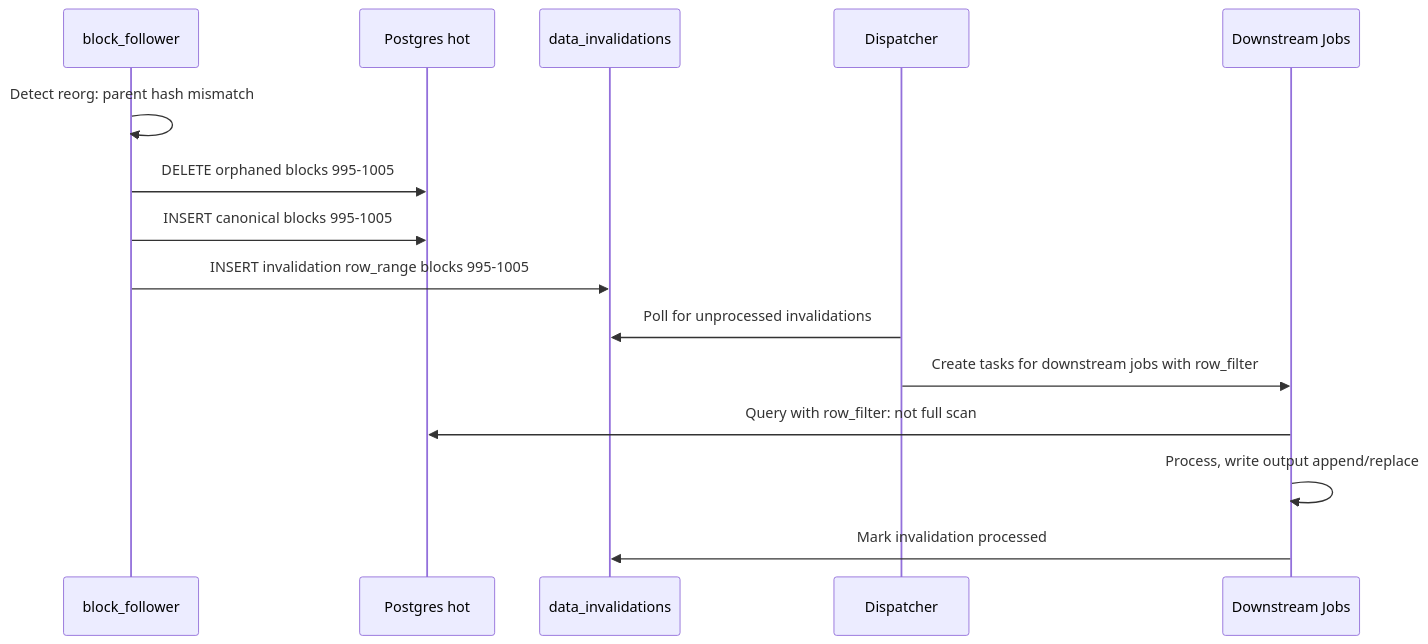
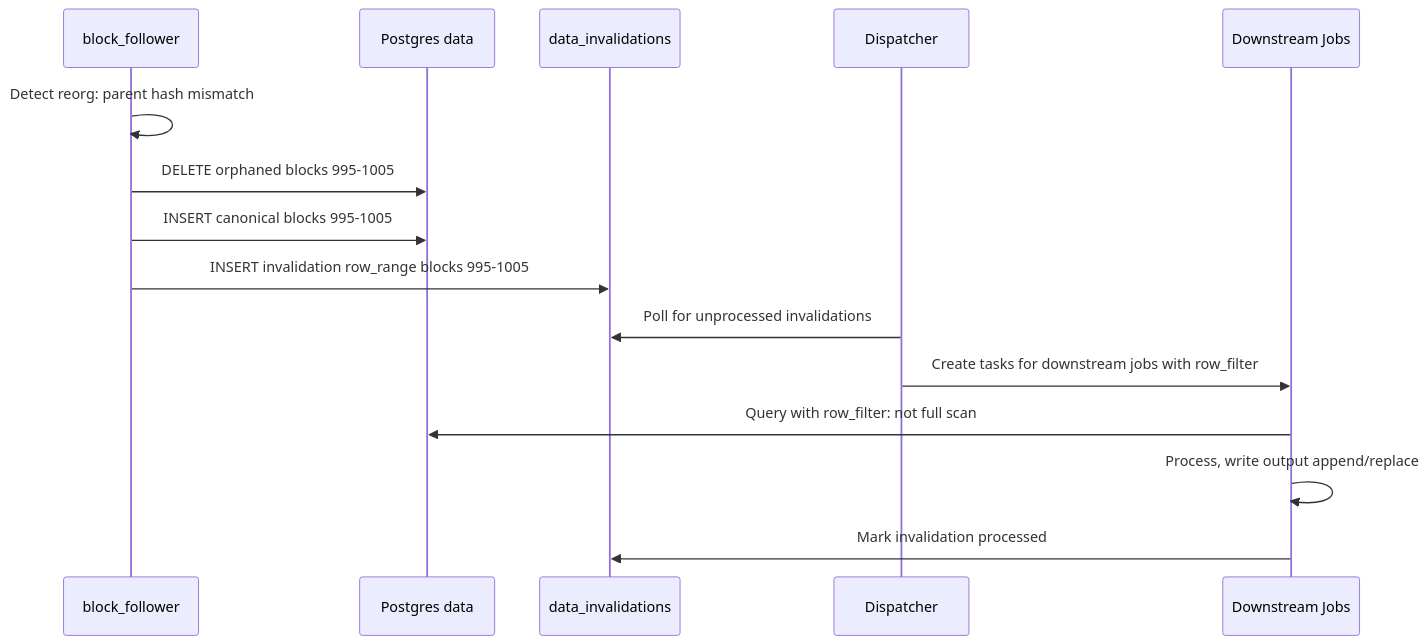
The first of 2 diagrams in docs/architecture/data_versioning.md (c7121/trace), drawn with Mermaid before and after one commit. The commit also changed 4 other files, not shown here.

````diff
--- a/docs/architecture/data_versioning.md
+++ b/docs/architecture/data_versioning.md
@@ -172,18 +172,18 @@
 ```mermaid
 sequenceDiagram
     participant BF as block_follower
-    participant PG as Postgres hot
+    participant PG as Postgres data
     participant INV as data_invalidations
     participant DISP as Dispatcher
     participant DS as Downstream Jobs
 
     BF->>BF: Detect reorg: parent hash mismatch
     BF->>PG: DELETE orphaned blocks 995-1005
     BF->>PG: INSERT canonical blocks 995-1005
     BF->>INV: INSERT invalidation row_range blocks 995-1005
     DISP->>INV: Poll for unprocessed invalidations
     DISP->>DS: Create tasks for downstream jobs with row_filter
     DS->>PG: Query with row_filter: not full scan
     DS->>DS: Process, write output append/replace
     DS->>INV: Mark invalidation processed
 ```
````
